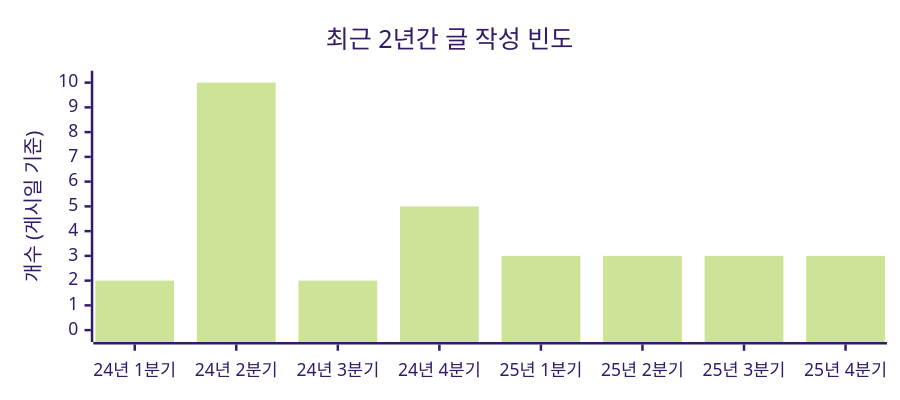
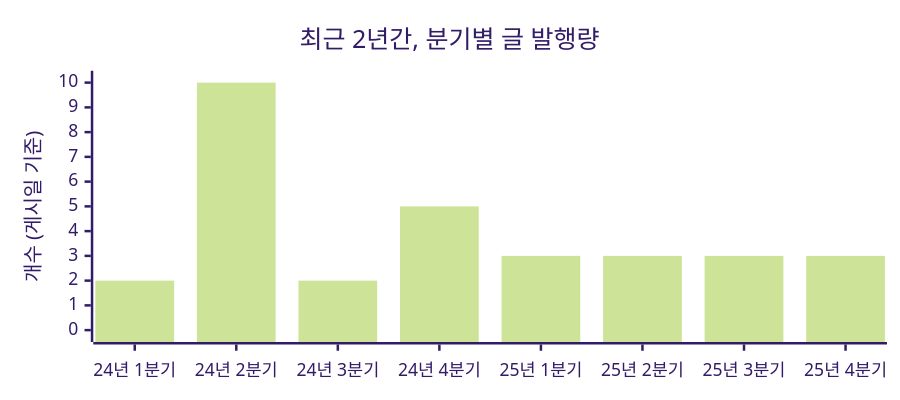
One commit to hyngng/hyngng.github.io changed the first of 2 diagrams in _posts/블로그/2025-02-23-blogging-principles.md. Above: the diagram before and after it, drawn with Mermaid (forest theme). The commit also changed 9 other files, not shown here.

````diff
--- a/_posts/블로그/2025-02-23-blogging-principles.md
+++ b/_posts/블로그/2025-02-23-blogging-principles.md
@@ -33,8 +33,8 @@
 ```mermaid
 %%{init: { "xyChart": { "height": 300 } } }%%
 xychart-beta
-    title "최근 2년간 글 작성 빈도"
+    title "최근 2년간, 분기별 글 발행량"
     x-axis ["24년 1분기", "24년 2분기", "24년 3분기", "24년 4분기", "25년 1분기", "25년 2분기", "25년 3분기", "25년 4분기"]
     y-axis "개수 (게시일 기준)" 0 --> 10
     bar [2, 10, 2, 5, 3, 3, 3, 3]
 ```
````
